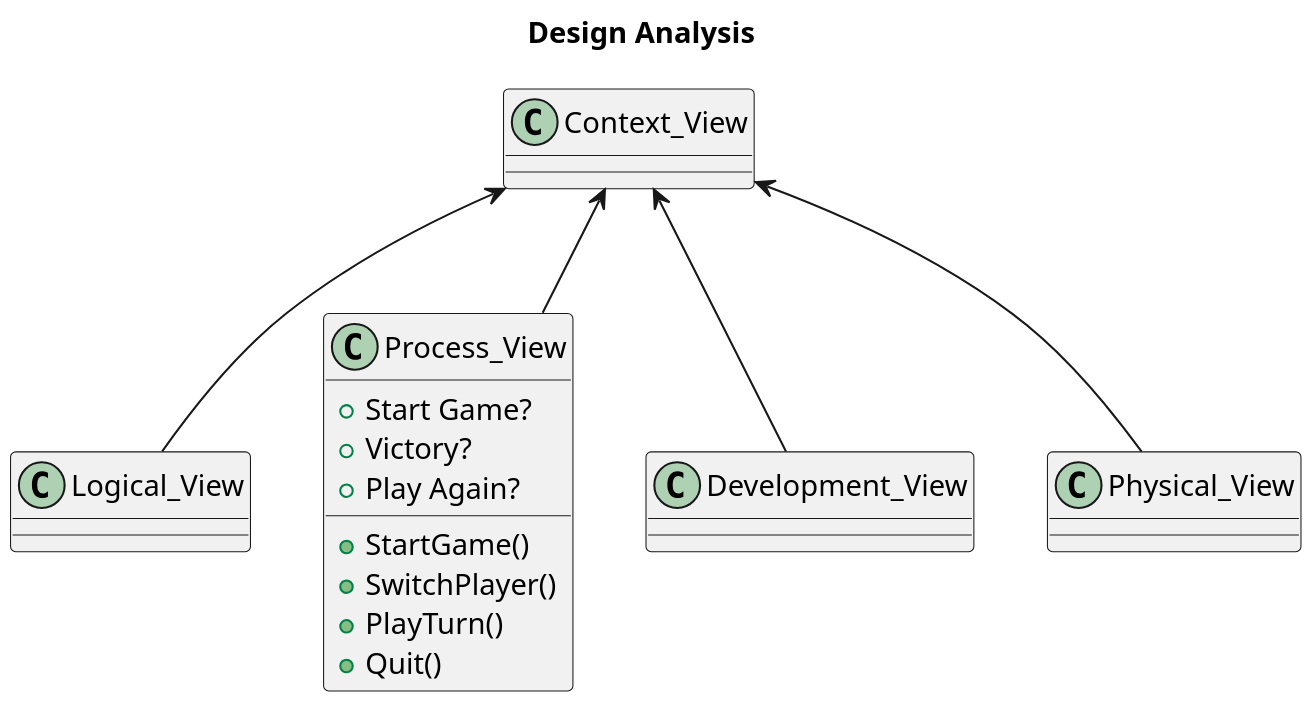
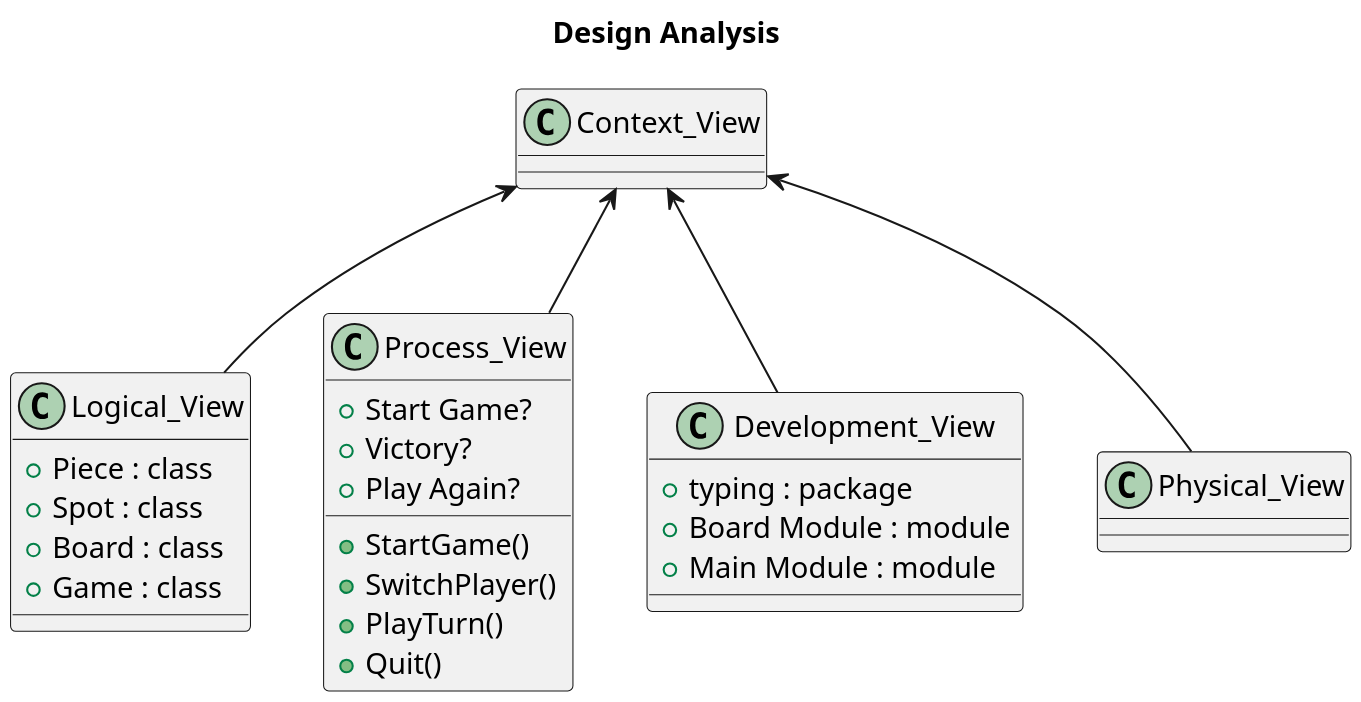
The diagram in design-analysis/DesignAnalysis.plantuml (austin-s970/OOP-Connect4), drawn with PlantUML before and after one commit. The commit also changed 3 other files, not shown here.

```diff
--- a/design-analysis/DesignAnalysis.plantuml
+++ b/design-analysis/DesignAnalysis.plantuml
@@ -1,31 +1,35 @@
 @startuml
 scale 2
 title "Design Analysis"
 class Logical_View {
+    +Piece : class
+    +Spot : class
+    +Board : class
+    +Game : class
 }
 
 class Process_View {
     +Start Game?
     +StartGame()
     +SwitchPlayer()
     +PlayTurn()
     +Victory?
     +Play Again?
     +Quit()
 }
 
-class Process_View {
-}
-
 class Development_View {
+    +typing : package
+    +Board Module : module
+    +Main Module : module
 }
 
 class Physical_View {
 }
 
 Context_View <-- Logical_View
 Context_View <-- Process_View
 Context_View <-- Development_View
 Context_View <-- Physical_View
 
 @enduml
```
